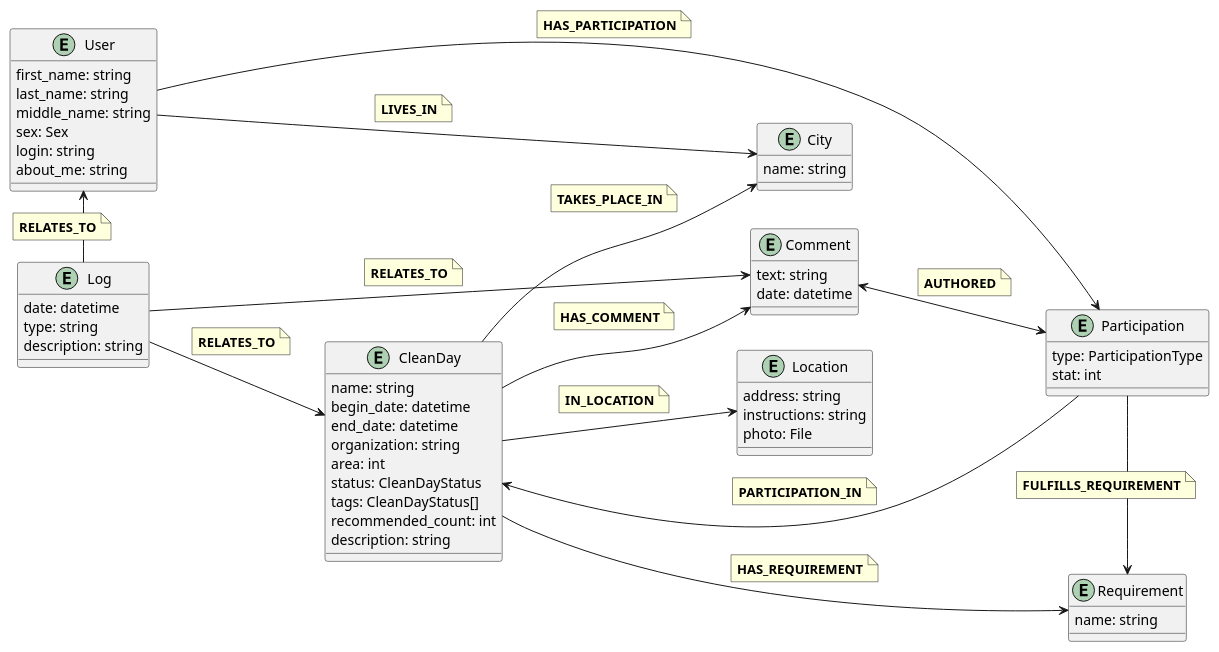
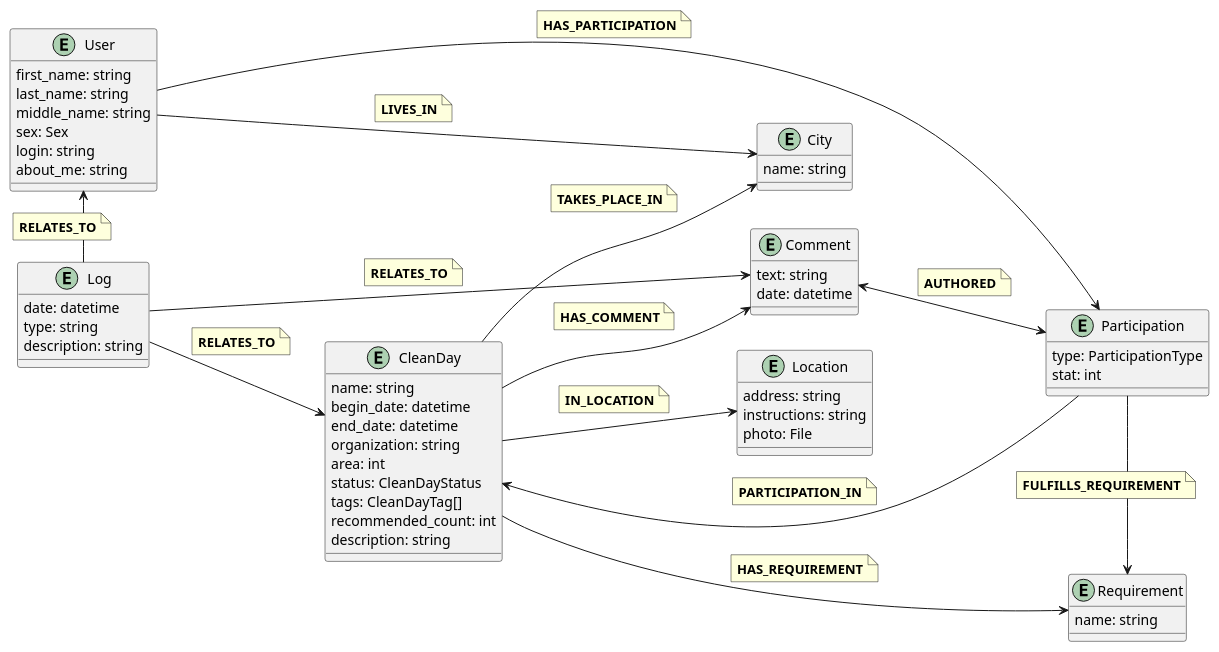
Before and after one commit to moevm/nosql1h25-cleanday: the diagram in db_model/graph.puml, drawn with PlantUML.

```diff
--- a/db_model/graph.puml
+++ b/db_model/graph.puml
@@ -1,117 +1,117 @@
 @startuml
 
 'skinparam linetype ortho
 left to right direction
 
 entity "User" as user {
 first_name: string
 last_name: string
 middle_name: string
 sex: Sex
 login: string
 about_me: string
 }
 
 entity "CleanDay" as cl_day {
 name: string
 begin_date: datetime
 end_date: datetime
 organization: string
 area: int
 status: CleanDayStatus
-tags: CleanDayStatus[]
+tags: CleanDayTag[]
 recommended_count: int
 description: string
 }
 
 entity "Comment" as comm {
 text: string
 date: datetime
 }
 
 entity "Log" as log {
 date: datetime
 type: string
 description: string
 }
 
 entity "Requirement" as rq {
 name: string
 }
 
 entity "City" as city {
 name: string
 }
 
 entity "Participation" as pr {
 type: ParticipationType
 stat: int
 }
 
 entity "Location" as loc {
 address: string
 instructions: string
 photo: File
 }
 
 cl_day --> comm
 note on link
 <b>HAS_COMMENT</b>
 end note
 
 comm <--> pr
 note on link
 <b>AUTHORED</b>
 end note
 
 log --l> user
 note on link
 <b>RELATES_TO</b>
 end note
 
 log --> cl_day
 note on link
 <b>RELATES_TO</b>
 end note
 
 log --> comm
 note on link
 <b>RELATES_TO</b>
 end note
 
 cl_day --> rq
 note on link
 <b>HAS_REQUIREMENT</b>
 end note
 
 cl_day --> city
 note on link
 <b>TAKES_PLACE_IN</b>
 end note
 
 user -> city
 note on link
 <b>LIVES_IN</b>
 end note
 
 user --> pr
 note on link
 <b>HAS_PARTICIPATION</b>
 end note
 
 pr --> cl_day
 note on link
 <b>PARTICIPATION_IN</b>
 end note
 
 cl_day --> loc
 note on link
 <b>IN_LOCATION</b>
 end note
 
 pr -> rq
 note on link
 <b>FULFILLS_REQUIREMENT</b>
 end note
 
 @enduml
```
